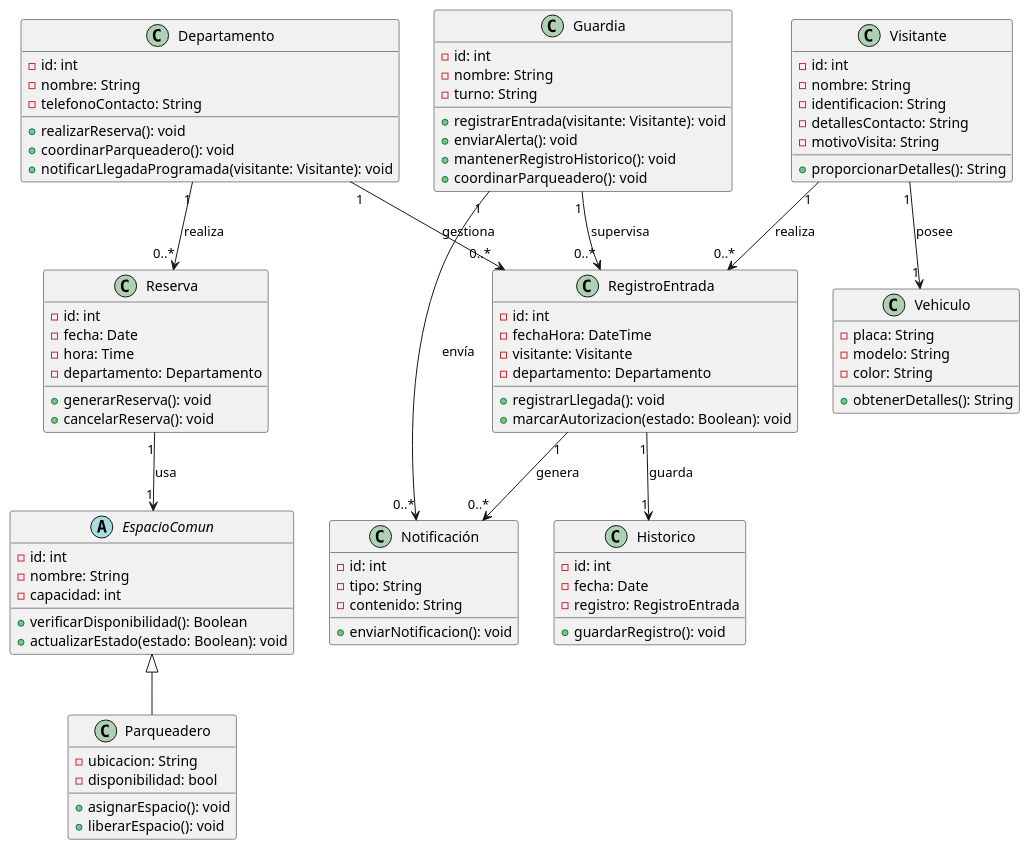
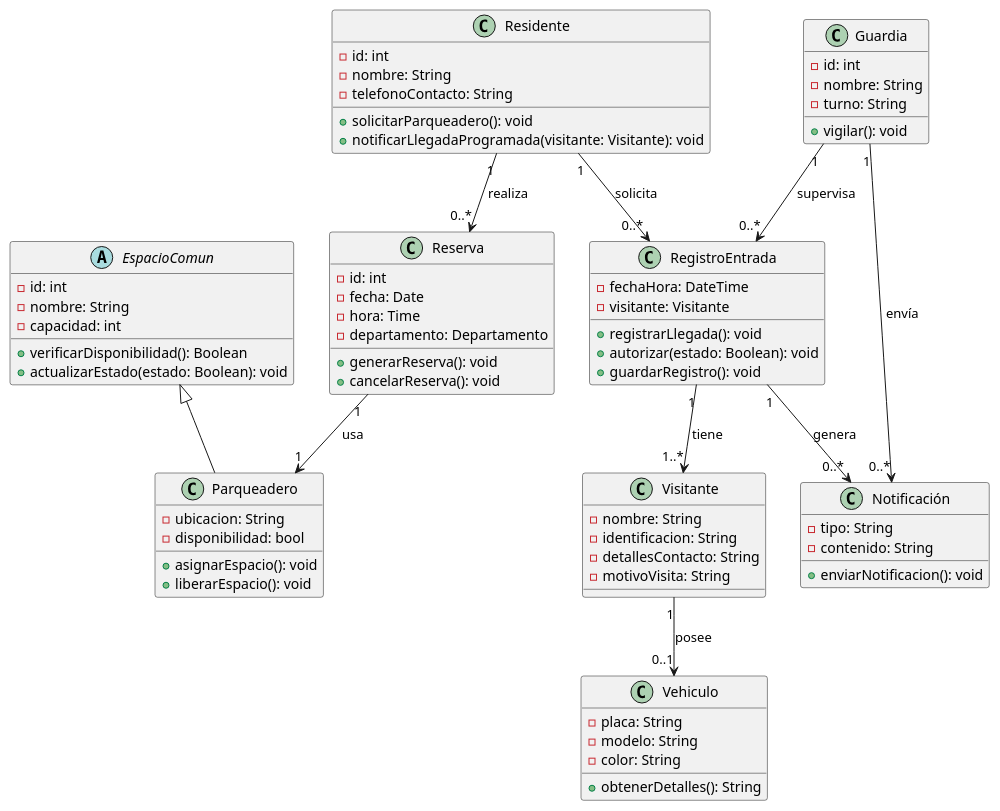
Before and after one commit to richardriverag/ProyectoDiseno24B: the diagram in Diagramas/Diagramas de Clases/GrupoE_Check-In/Diseño.puml, drawn with PlantUML.

Commit message:
Modify(Check-In): Update Diseño.puml

```diff
--- a/Diagramas/Diagramas de Clases/GrupoE_Check-In/Diseño.puml
+++ b/Diagramas/Diagramas de Clases/GrupoE_Check-In/Diseño.puml
@@ -1,94 +1,83 @@
 @startuml
 abstract class EspacioComun {
     -id: int
     -nombre: String
     -capacidad: int
     +verificarDisponibilidad(): Boolean
     +actualizarEstado(estado: Boolean): void
 }
 
 class Parqueadero {
     -ubicacion: String
     -disponibilidad: bool
     +asignarEspacio(): void
     +liberarEspacio(): void
 }
 
-class Departamento {
+class Residente {
     -id: int
     -nombre: String
     -telefonoContacto: String
-    +realizarReserva(): void
-    +coordinarParqueadero(): void
+    +solicitarParqueadero(): void
     +notificarLlegadaProgramada(visitante: Visitante): void
 }
 
 class Guardia {
     -id: int
     -nombre: String
     -turno: String
-    +registrarEntrada(visitante: Visitante): void
-    +enviarAlerta(): void
-    +mantenerRegistroHistorico(): void
-    +coordinarParqueadero(): void
+    +vigilar(): void
+
 }
 
 class Visitante {
-    -id: int
     -nombre: String
     -identificacion: String
     -detallesContacto: String
     -motivoVisita: String
-    +proporcionarDetalles(): String
 }
 
 class Reserva {
     -id: int
     -fecha: Date
     -hora: Time
     -departamento: Departamento
     +generarReserva(): void
     +cancelarReserva(): void
 }
 
 class RegistroEntrada {
-    -id: int
     -fechaHora: DateTime
     -visitante: Visitante
-    -departamento: Departamento
     +registrarLlegada(): void
-    +marcarAutorizacion(estado: Boolean): void
+    +autorizar(estado: Boolean): void
+    +guardarRegistro(): void
+
 }
 
 class Notificación {
-    -id: int
     -tipo: String
     -contenido: String
     +enviarNotificacion(): void
 }
 
-class Historico {
-    -id: int
-    -fecha: Date
-    -registro: RegistroEntrada
-    +guardarRegistro(): void
-}
 
 class Vehiculo {
     -placa: String
     -modelo: String
     -color: String
     +obtenerDetalles(): String
 }
 
 EspacioComun <|-- Parqueadero
-Departamento "1" --> "0..*" Reserva : "realiza"
-Reserva "1" --> "1" EspacioComun : "usa"
-Departamento "1" --> "0..*" RegistroEntrada : "gestiona"
+Residente "1" --> "0..*" Reserva : "realiza"
+Reserva "1" --> "1" Parqueadero: "usa"
+Residente "1" --> "0..*" RegistroEntrada : "solicita"
+
 RegistroEntrada "1" --> "0..*" Notificación : "genera"
-RegistroEntrada "1" --> "1" Historico : "guarda"
-Visitante "1" --> "0..*" RegistroEntrada : "realiza"
-Visitante "1" --> "1" Vehiculo : "posee"
+RegistroEntrada "1" --> "1..*" Visitante : "tiene"
+
+Visitante "1" --> "0..1" Vehiculo : "posee"
 Guardia "1" --> "0..*" RegistroEntrada : "supervisa"
 Guardia "1" --> "0..*" Notificación : "envía"
 @enduml
```
